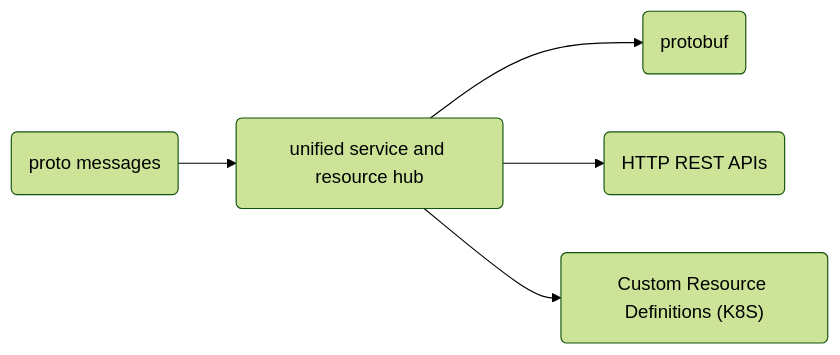
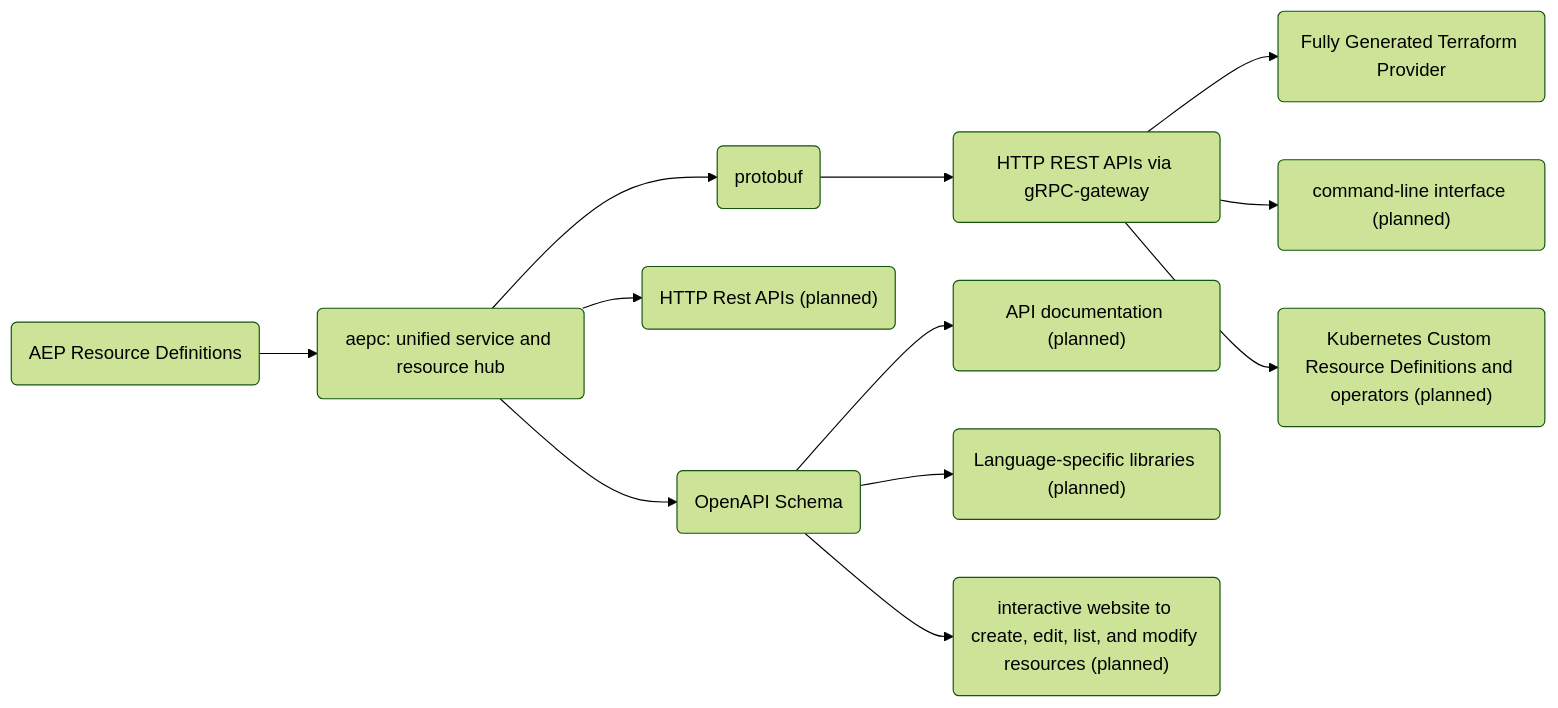
The diagram in aepc/README.md (aep-dev/aep-monorepo), drawn with Mermaid (forest theme) before and after one commit. The commit also changed 15 other files, not shown here.

````diff
--- a/aepc/README.md
+++ b/aepc/README.md
@@ -13,12 +13,26 @@
 ```mermaid
 flowchart LR
-    hub("unified service and resource hub")
-    protoResources("proto messages")
+    hub("aepc: unified service and resource hub")
+    resources("AEP Resource Definitions")
     proto("protobuf")
-    crd("Custom Resource Definitions (K8S)")
-    http("HTTP REST APIs")
-    protoResources --> hub
+    crd("Kubernetes Custom Resource Definitions and operators (planned)")
+    http_planned("HTTP Rest APIs (planned)")
+    http("HTTP REST APIs via gRPC-gateway")
+    openapi("OpenAPI Schema")
+    terraform("Fully Generated Terraform Provider")
+    cli("command-line interface (planned)")
+    docs("API documentation (planned)")
+    sdks("Language-specific libraries (planned)")
+    ui("interactive website to create, edit, list, and modify resources (planned)")
+    resources --> hub
     hub  --> proto
-    hub  --> http
-    hub  --> crd
+    hub  --> openapi
+    hub  --> http_planned
+    proto --> http
+    http --> terraform
+    http --> cli
+    http --> crd
+    openapi --> docs
+    openapi --> sdks
+    openapi --> ui
 ```
````
